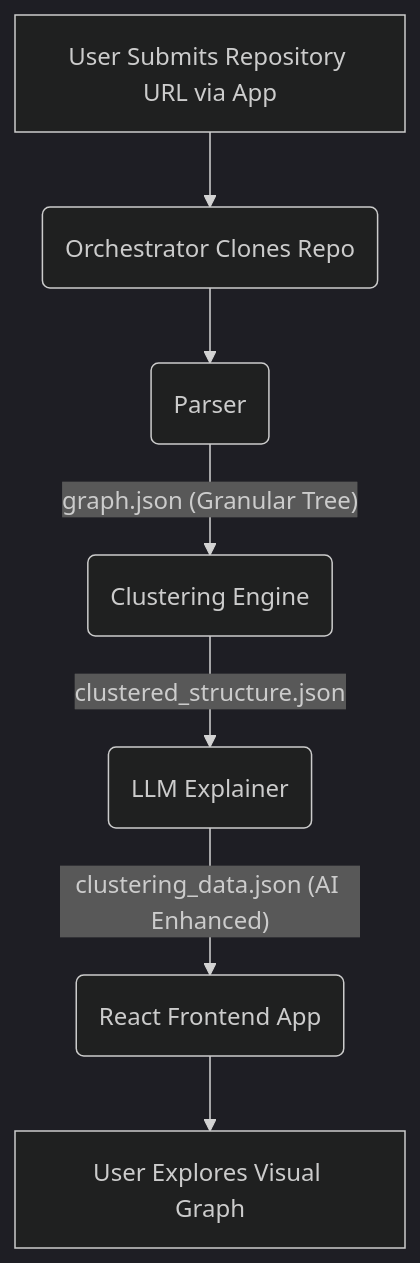
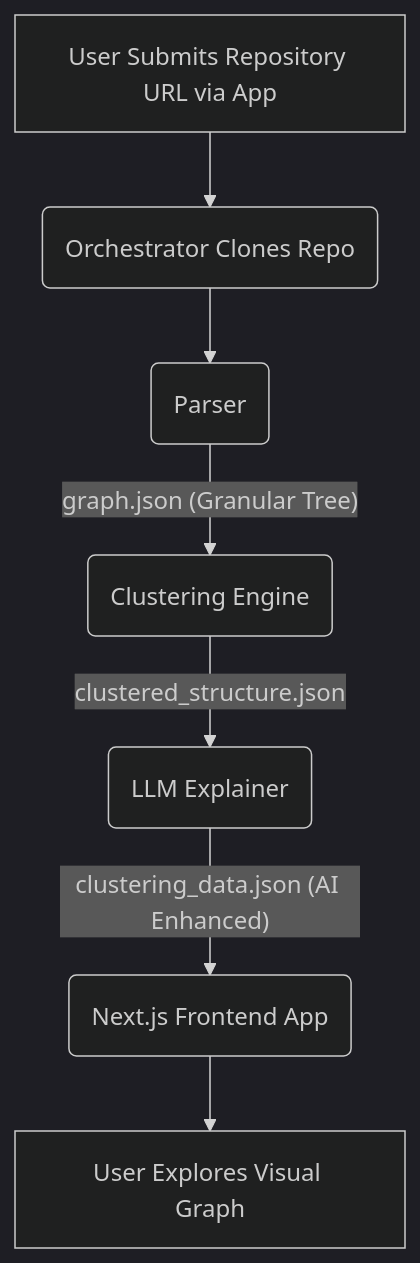
Before and after one commit to aut0arch/docs: the diagram in architecture/data-flow.md, drawn with Mermaid (dark theme). The commit also changed 4 other files, not shown here.

Commit message:
docs: modernize frontend framework references to Next.js and React Flow

````diff
--- a/architecture/data-flow.md
+++ b/architecture/data-flow.md
@@ -11,9 +11,9 @@
 ```mermaid
 graph TD;
     A[User Submits Repository URL via App] --> B(Orchestrator Clones Repo);
     B --> C(Parser);
     C -- "graph.json (Granular Tree)" --> D(Clustering Engine);
     D -- "clustered_structure.json" --> E(LLM Explainer);
-    E -- "clustering_data.json (AI Enhanced)" --> F(React Frontend App);
+    E -- "clustering_data.json (AI Enhanced)" --> F(Next.js Frontend App);
     F --> G[User Explores Visual Graph];
 ```
````
